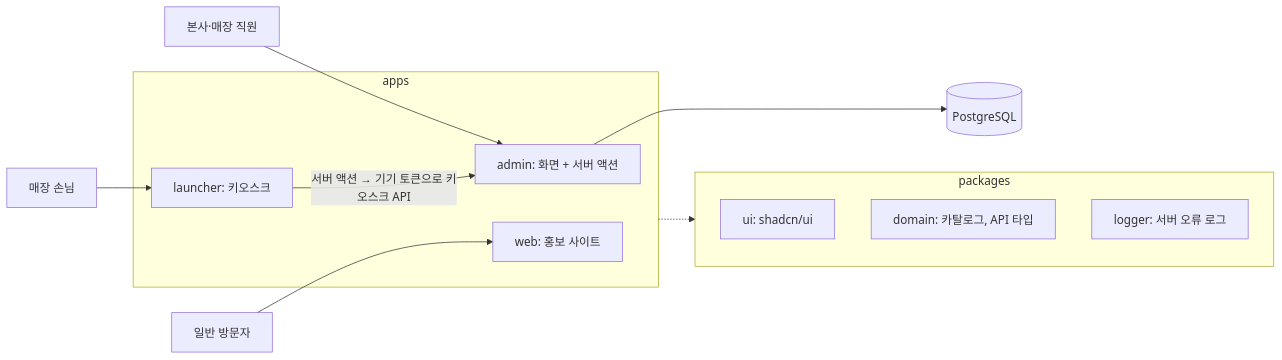
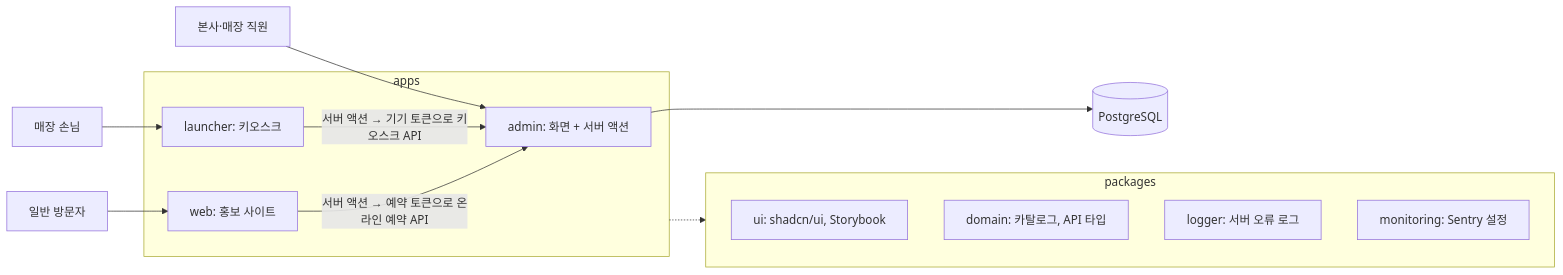
Before and after one commit to ryushin01/avocado-monorepo: the diagram in docs/design.md, drawn with Mermaid. The commit also changed other lines of this file and 19 other files, not shown here.

````diff
--- a/docs/design.md
+++ b/docs/design.md
@@ -5,23 +5,25 @@
 ```mermaid
 flowchart LR
   staff["본사·매장 직원"] --> admin
   guest["매장 손님"] --> launcher
   visitor["일반 방문자"] --> web
 
   subgraph apps["apps"]
     admin["admin: 화면 + 서버 액션"]
     launcher["launcher: 키오스크"]
     web["web: 홍보 사이트"]
   end
 
   launcher -- "서버 액션 → 기기 토큰으로 키오스크 API" --> admin
+  web -- "서버 액션 → 예약 토큰으로 온라인 예약 API" --> admin
   admin --> db[("PostgreSQL")]
 
   subgraph packages["packages"]
-    ui["ui: shadcn/ui"]
+    ui["ui: shadcn/ui, Storybook"]
     domain["domain: 카탈로그, API 타입"]
     logger["logger: 서버 오류 로그"]
+    monitoring["monitoring: Sentry 설정"]
   end
 
   apps -.-> packages
 ```
````
